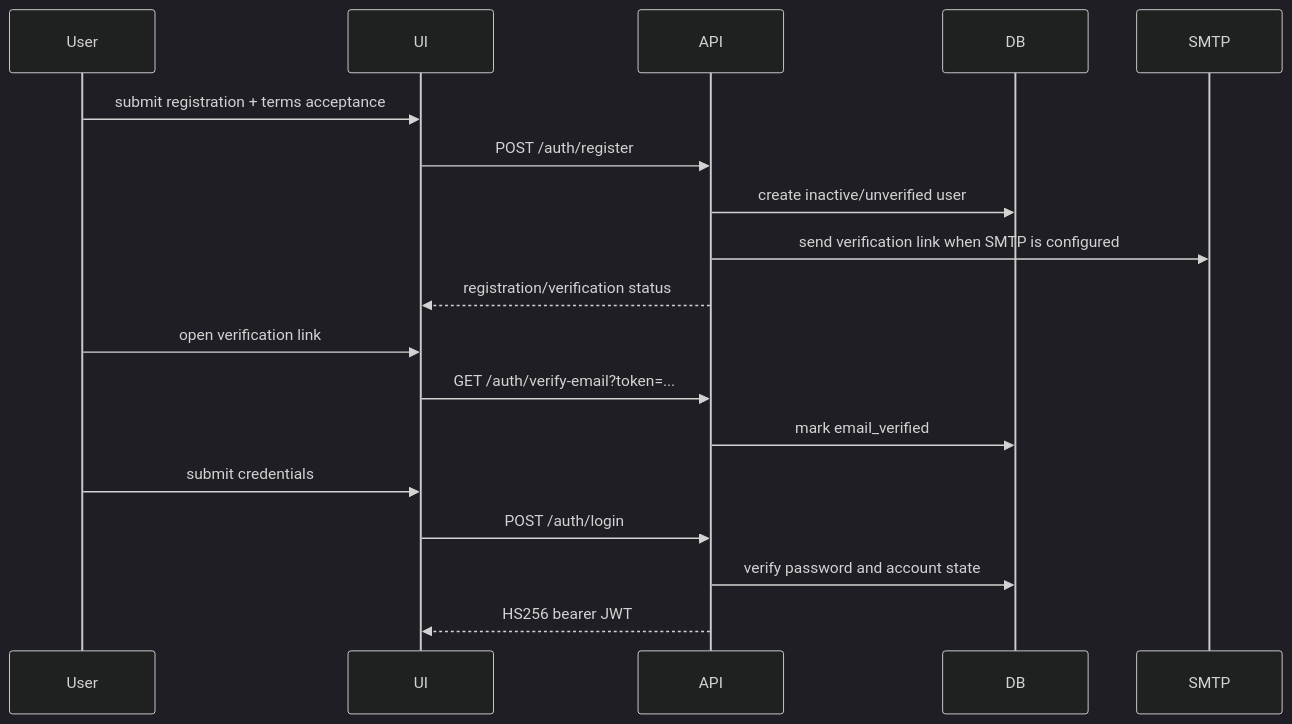
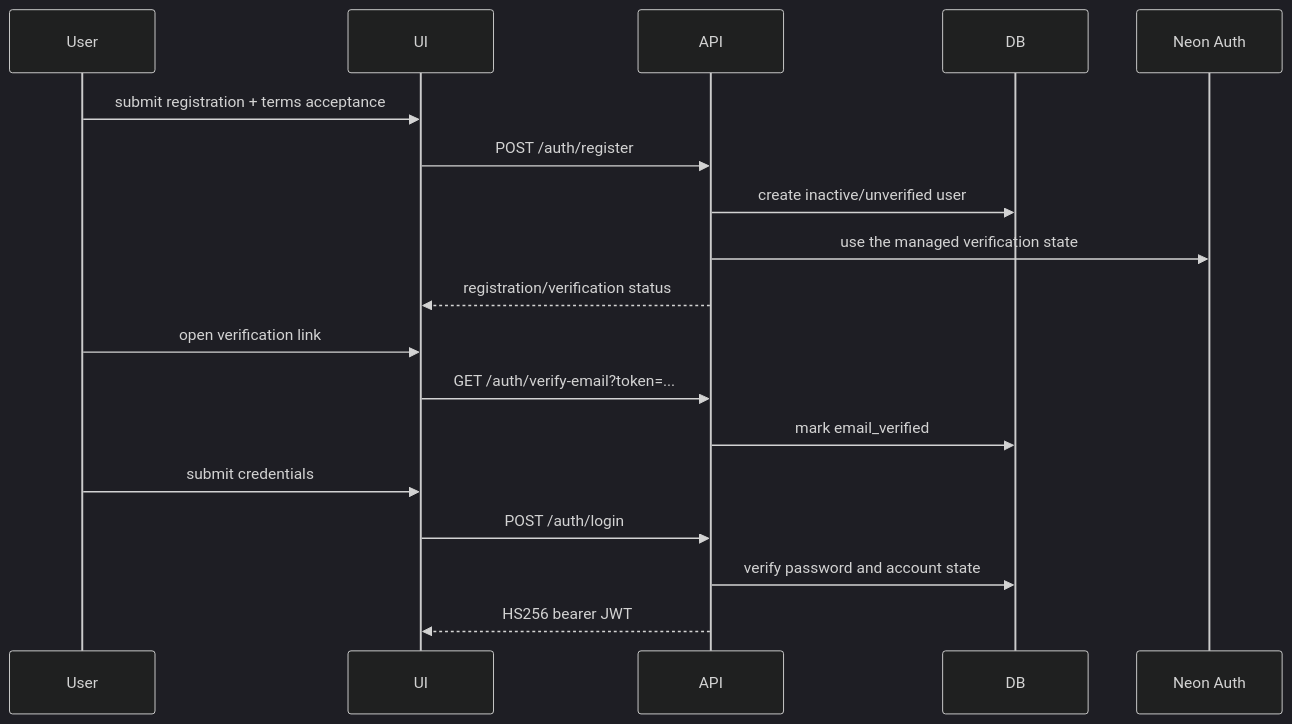
Before and after one commit to ruchirachowdary-1836/nexzibytefull: the fourth of 6 diagrams in SYSTEM_ARCHITECTURE.md, drawn with Mermaid (dark theme). The commit also changed other lines of this file and 13 other files, not shown here.

First line of the commit message:
Migrate authentication email to Neon Auth

````diff
--- a/SYSTEM_ARCHITECTURE.md
+++ b/SYSTEM_ARCHITECTURE.md
@@ -245,21 +245,21 @@
 ```mermaid
 sequenceDiagram
     participant User
     participant UI
     participant API
     participant DB
-    participant Mail as SMTP
+    participant Auth as Neon Auth
 
     User->>UI: submit registration + terms acceptance
     UI->>API: POST /auth/register
     API->>DB: create inactive/unverified user
-    API->>Mail: send verification link when SMTP is configured
+    API->>Auth: use the managed verification state
     API-->>UI: registration/verification status
     User->>UI: open verification link
     UI->>API: GET /auth/verify-email?token=...
     API->>DB: mark email_verified
     User->>UI: submit credentials
     UI->>API: POST /auth/login
     API->>DB: verify password and account state
     API-->>UI: HS256 bearer JWT
 ```
````
